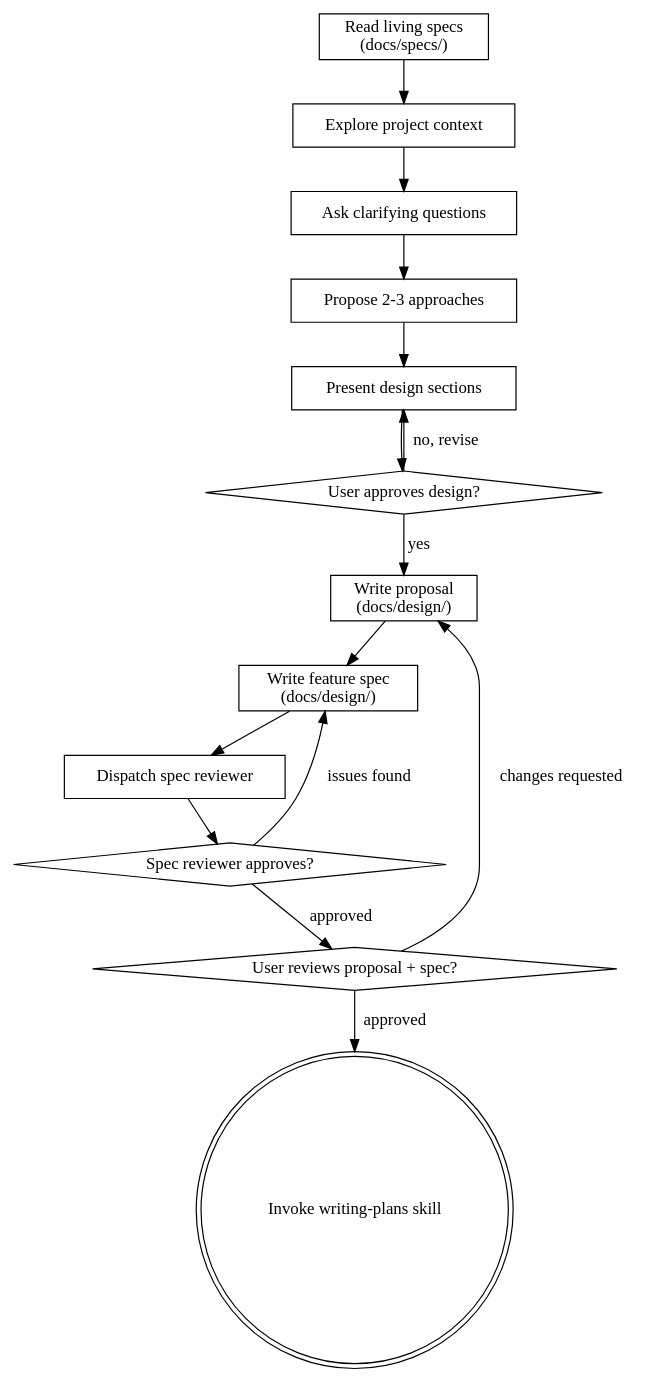
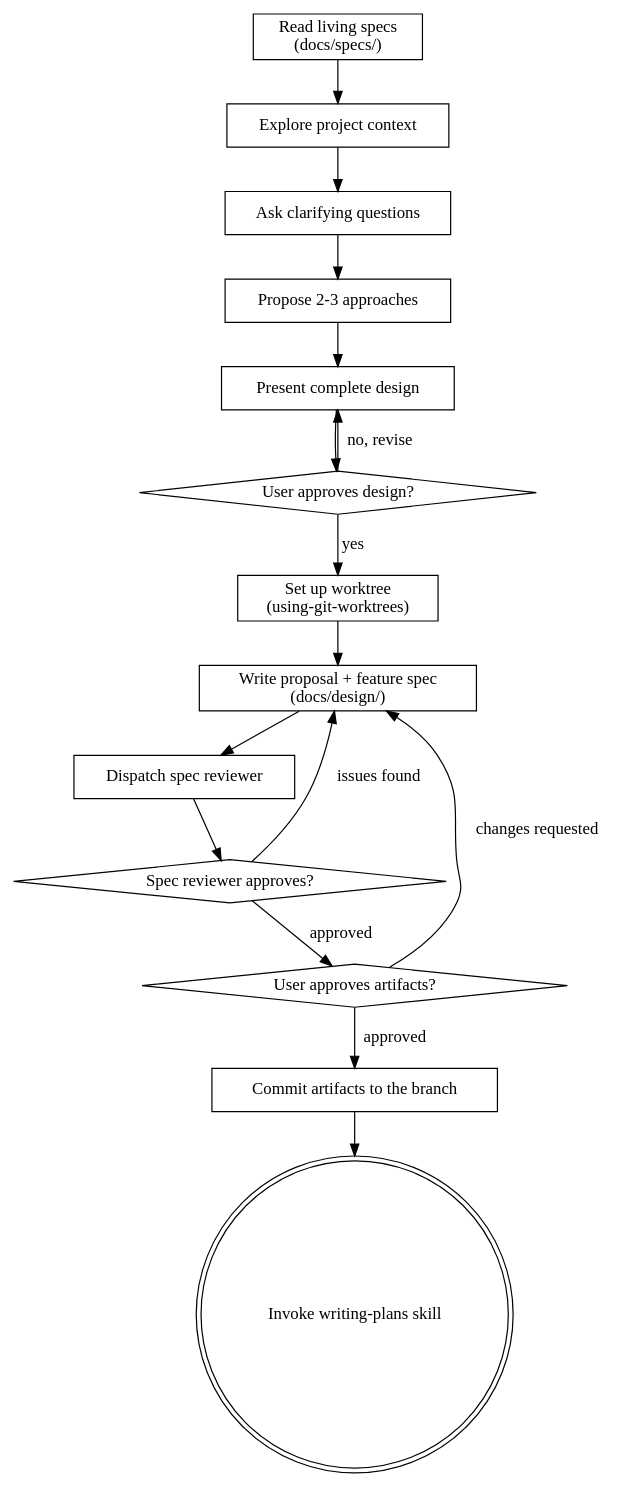
Before and after one commit to naripok/tau-superpowers: the diagram in skills/brainstorming/SKILL.md, drawn with Graphviz. The commit also changed other lines of this file and 8 other files, not shown here.

````diff
--- a/skills/brainstorming/SKILL.md
+++ b/skills/brainstorming/SKILL.md
@@ -35,31 +33,33 @@
 ```dot
 digraph brainstorming {
     "Read living specs\n(docs/specs/)" [shape=box];
     "Explore project context" [shape=box];
     "Ask clarifying questions" [shape=box];
     "Propose 2-3 approaches" [shape=box];
-    "Present design sections" [shape=box];
+    "Present complete design" [shape=box];
     "User approves design?" [shape=diamond];
-    "Write proposal\n(docs/design/)" [shape=box];
-    "Write feature spec\n(docs/design/)" [shape=box];
+    "Set up worktree\n(using-git-worktrees)" [shape=box];
+    "Write proposal + feature spec\n(docs/design/)" [shape=box];
     "Dispatch spec reviewer" [shape=box];
     "Spec reviewer approves?" [shape=diamond];
-    "User reviews proposal + spec?" [shape=diamond];
+    "User approves artifacts?" [shape=diamond];
+    "Commit artifacts to the branch" [shape=box];
     "Invoke writing-plans skill" [shape=doublecircle];
 
     "Read living specs\n(docs/specs/)" -> "Explore project context";
     "Explore project context" -> "Ask clarifying questions";
     "Ask clarifying questions" -> "Propose 2-3 approaches";
-    "Propose 2-3 approaches" -> "Present design sections";
-    "Present design sections" -> "User approves design?";
-    "User approves design?" -> "Present design sections" [label="no, revise"];
-    "User approves design?" -> "Write proposal\n(docs/design/)" [label="yes"];
-    "Write proposal\n(docs/design/)" -> "Write feature spec\n(docs/design/)";
-    "Write feature spec\n(docs/design/)" -> "Dispatch spec reviewer";
+    "Propose 2-3 approaches" -> "Present complete design";
+    "Present complete design" -> "User approves design?";
+    "User approves design?" -> "Present complete design" [label="no, revise"];
+    "User approves design?" -> "Set up worktree\n(using-git-worktrees)" [label="yes"];
+    "Set up worktree\n(using-git-worktrees)" -> "Write proposal + feature spec\n(docs/design/)";
+    "Write proposal + feature spec\n(docs/design/)" -> "Dispatch spec reviewer";
     "Dispatch spec reviewer" -> "Spec reviewer approves?";
-    "Spec reviewer approves?" -> "Write feature spec\n(docs/design/)" [label="issues found"];
-    "Spec reviewer approves?" -> "User reviews proposal + spec?" [label="approved"];
-    "User reviews proposal + spec?" -> "Write proposal\n(docs/design/)" [label="changes requested"];
-    "User reviews proposal + spec?" -> "Invoke writing-plans skill" [label="approved"];
+    "Spec reviewer approves?" -> "Write proposal + feature spec\n(docs/design/)" [label="issues found"];
+    "Spec reviewer approves?" -> "User approves artifacts?" [label="approved"];
+    "User approves artifacts?" -> "Write proposal + feature spec\n(docs/design/)" [label="changes requested"];
+    "User approves artifacts?" -> "Commit artifacts to the branch" [label="approved"];
+    "Commit artifacts to the branch" -> "Invoke writing-plans skill";
 }
 ```
````
